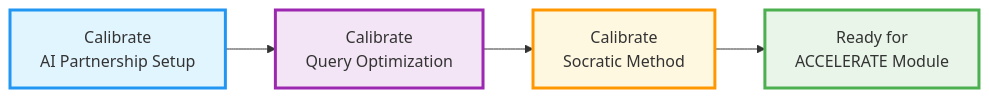
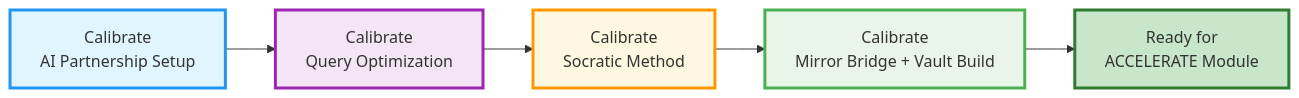
One commit to uma1999/umacourses changed the second of 3 diagrams in mytemp1.md. Above: the diagram before and after it, drawn with Mermaid. The commit also changed other lines of this file, not shown here.

````diff
--- a/mytemp1.md
+++ b/mytemp1.md
@@ -138,12 +140,14 @@
 ```mermaid
 flowchart LR
     A["Calibrate<br/>AI Partnership Setup"] --> 
     B["Calibrate<br/>Query Optimization"] --> 
     C["Calibrate<br/>Socratic Method"] --> 
-    D["Ready for<br/>ACCELERATE Module"]
+    D["Calibrate<br/>Mirror Bridge + Vault Build"] --> 
+    E["Ready for<br/>ACCELERATE Module"]
     
     style A fill:#e1f5fe,stroke:#2196f3,stroke-width:3px
     style B fill:#f3e5f5,stroke:#9c27b0,stroke-width:3px
     style C fill:#fff8e1,stroke:#ff9800,stroke-width:3px
     style D fill:#e8f5e8,stroke:#4caf50,stroke-width:3px
+    style E fill:#c8e6c9,stroke:#2e7d32,stroke-width:3px
 ```
````
